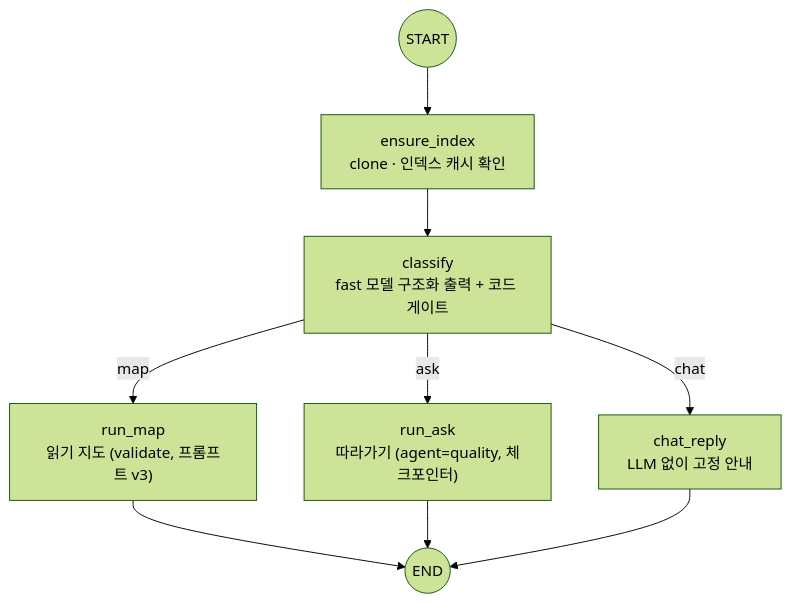
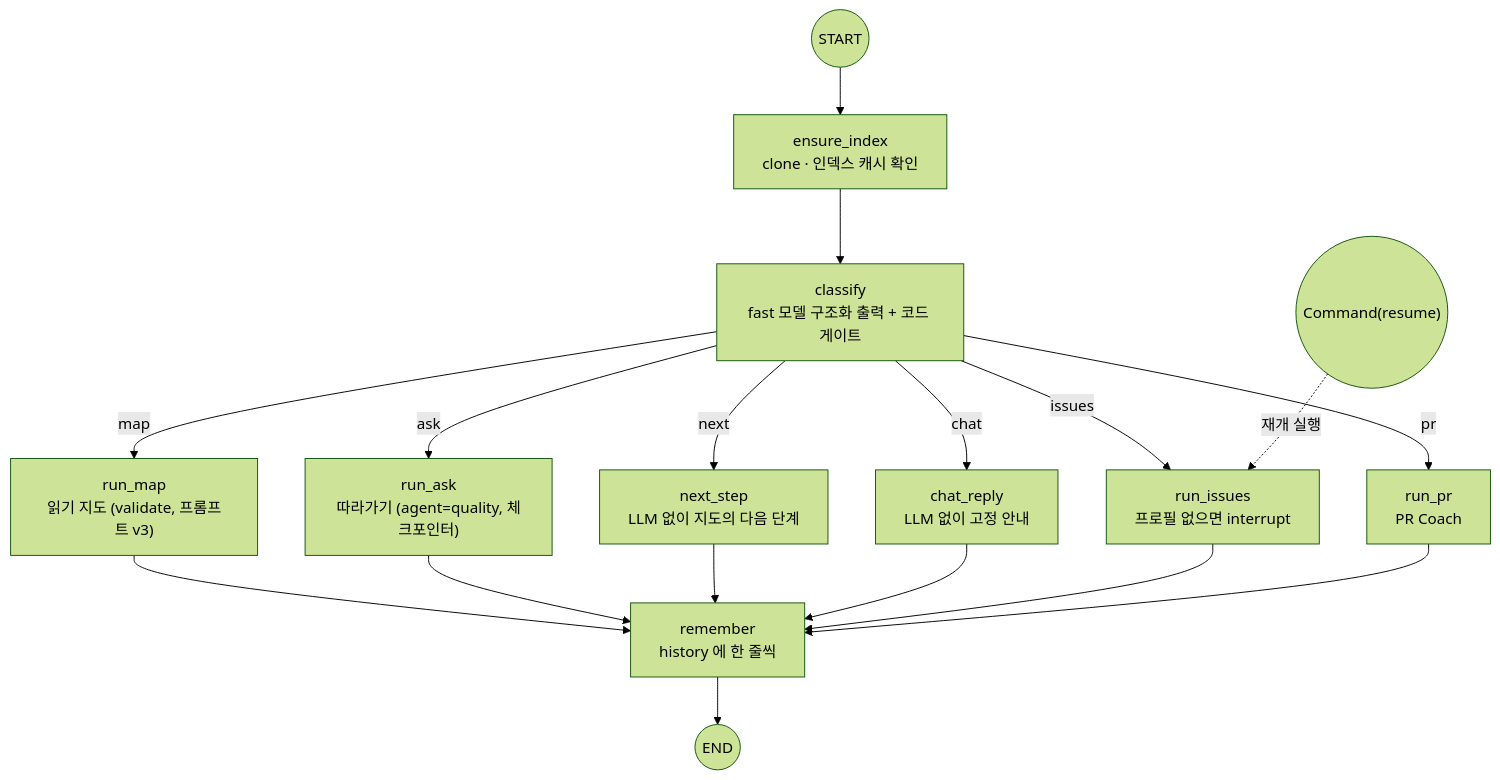
The second of 7 diagrams in docs/architecture.md (sonseohy/Repoute), drawn with Mermaid (forest theme) before and after one commit. The commit also changed other lines of this file and 41 other files, not shown here.

````diff
--- a/docs/architecture.md
+++ b/docs/architecture.md
@@ -9,11 +54,19 @@
 ```mermaid
 flowchart TD
   S((START)) --> EI["ensure_index<br/>clone · 인덱스 캐시 확인"]
   EI --> CL["classify<br/>fast 모델 구조화 출력 + 코드 게이트"]
   CL -->|map| RM["run_map<br/>읽기 지도 (validate, 프롬프트 v3)"]
   CL -->|ask| RA["run_ask<br/>따라가기 (agent=quality, 체크포인터)"]
+  CL -->|next| NS["next_step<br/>LLM 없이 지도의 다음 단계"]
   CL -->|chat| CR["chat_reply<br/>LLM 없이 고정 안내"]
-  RM --> E((END))
-  RA --> E
-  CR --> E
+  CL -->|issues| RI["run_issues<br/>프로필 없으면 interrupt"]
+  CL -->|pr| RP["run_pr<br/>PR Coach"]
+  RM --> RE["remember<br/>history 에 한 줄씩"]
+  RA --> RE
+  NS --> RE
+  CR --> RE
+  RI --> RE
+  RP --> RE
+  RE --> E((END))
+  R(("Command(resume)")) -.->|"재개 실행"| RI
 ```
````
